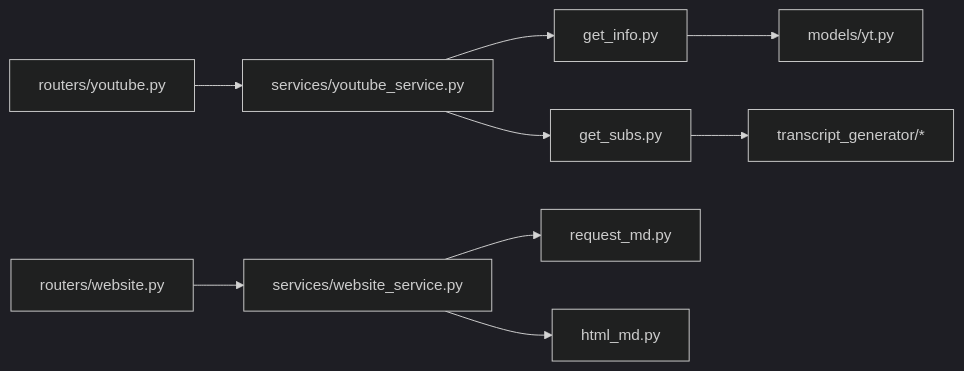
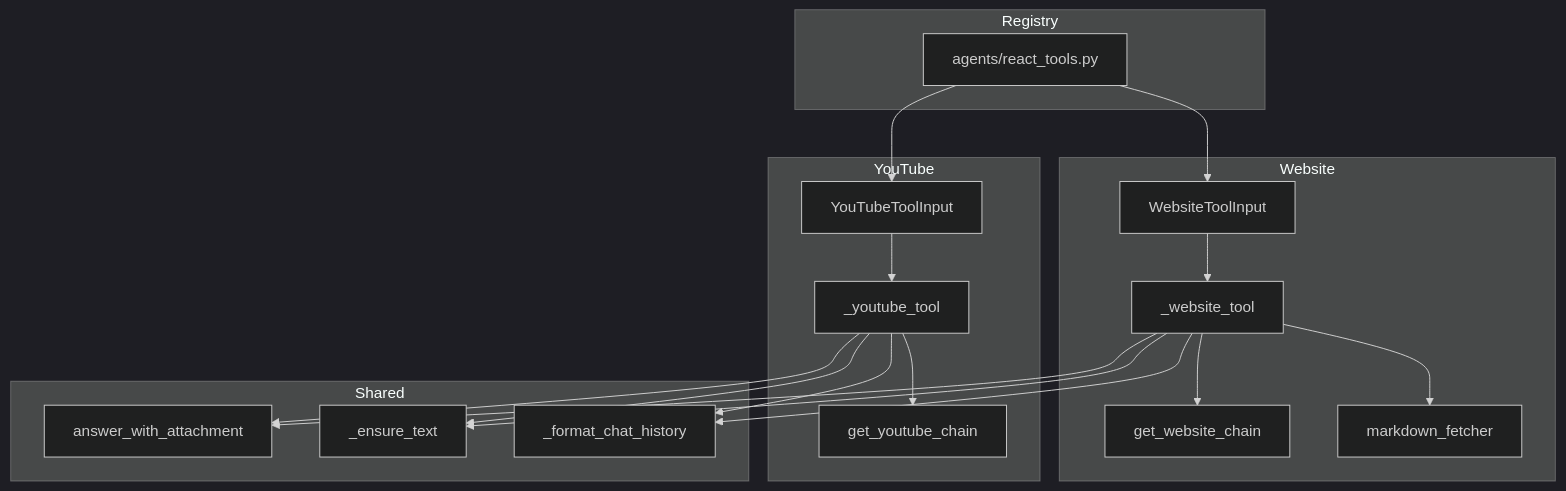
Before and after one commit to tashifkhan/tashif.codes: the fourth of 4 diagrams in src/data/docs/agentic-browser/Tool System/Content Processing and Extraction Tools.md, drawn with Mermaid (dark theme). The commit also changed other lines of this file and 114 other files, not shown here.

````diff
--- a/src/data/docs/agentic-browser/Tool System/Content Processing and Extraction Tools.md
+++ b/src/data/docs/agentic-browser/Tool System/Content Processing and Extraction Tools.md
@@ -206,11 +128,35 @@
 ```mermaid
-graph LR
-YROUTER["routers/youtube.py"] --> YSERV["services/youtube_service.py"]
-WROUTER["routers/website.py"] --> WSERV["services/website_service.py"]
-YSERV --> YINFO["get_info.py"]
-YSERV --> YSUB["get_subs.py"]
-YINFO --> YMODEL["models/yt.py"]
-YSUB --> YTGEN["transcript_generator/*"]
-WSERV --> WREQ["request_md.py"]
-WSERV --> WHTML["html_md.py"]
+graph TB
+  subgraph Registry
+    RT["agents/react_tools.py"]
+  end
+  subgraph Website
+    WIn["WebsiteToolInput"]
+    WT["_website_tool"]
+    MF["markdown_fetcher"]
+    CH["get_website_chain"]
+  end
+  subgraph YouTube
+    YIn["YouTubeToolInput"]
+    YT["_youtube_tool"]
+    YC["get_youtube_chain"]
+  end
+  subgraph Shared
+    FH["_format_chat_history"]
+    ET["_ensure_text"]
+    AT["answer_with_attachment"]
+  end
+  RT --> WIn
+  RT --> YIn
+  WIn --> WT
+  YIn --> YT
+  WT --> MF
+  WT --> CH
+  YT --> YC
+  WT --> FH
+  YT --> FH
+  WT --> ET
+  YT --> ET
+  WT --> AT
+  YT --> AT
 ```
````
